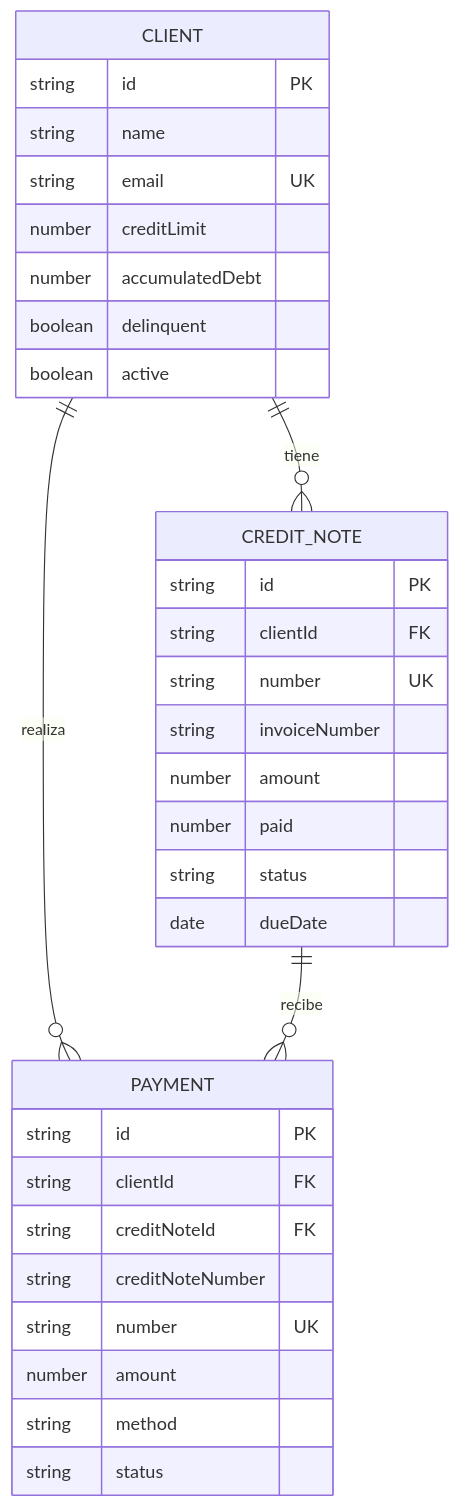
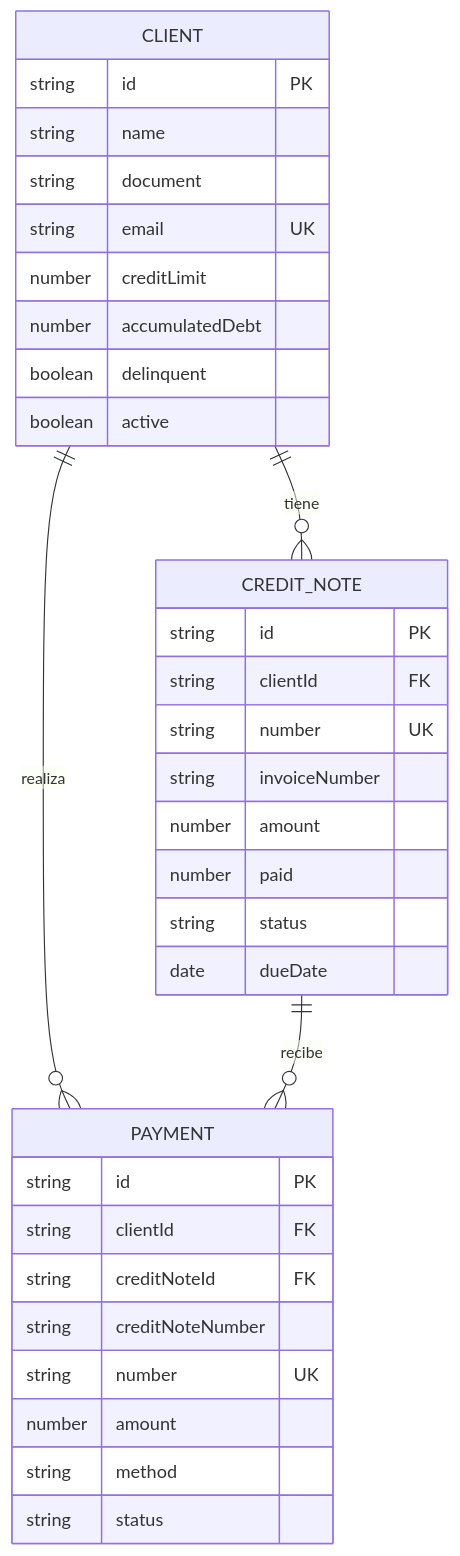
The sixth of 6 diagrams in API_QUICK_REFERENCE.md (careinamo/canaima-backend), drawn with Mermaid before and after one commit. The commit also changed other lines of this file and 4 other files, not shown here.

````diff
--- a/API_QUICK_REFERENCE.md
+++ b/API_QUICK_REFERENCE.md
@@ -528,38 +528,39 @@
 ```mermaid
 erDiagram
     CLIENT ||--o{ CREDIT_NOTE : "tiene"
     CLIENT ||--o{ PAYMENT : "realiza"
     CREDIT_NOTE ||--o{ PAYMENT : "recibe"
 
     CLIENT {
         string id PK
         string name
+        string document
         string email UK
         number creditLimit
         number accumulatedDebt
         boolean delinquent
         boolean active
     }
 
     CREDIT_NOTE {
         string id PK
         string clientId FK
         string number UK
         string invoiceNumber
         number amount
         number paid
         string status
         date dueDate
     }
 
     PAYMENT {
         string id PK
         string clientId FK
         string creditNoteId FK
         string creditNoteNumber
         string number UK
         number amount
         string method
         string status
     }
 ```
````
